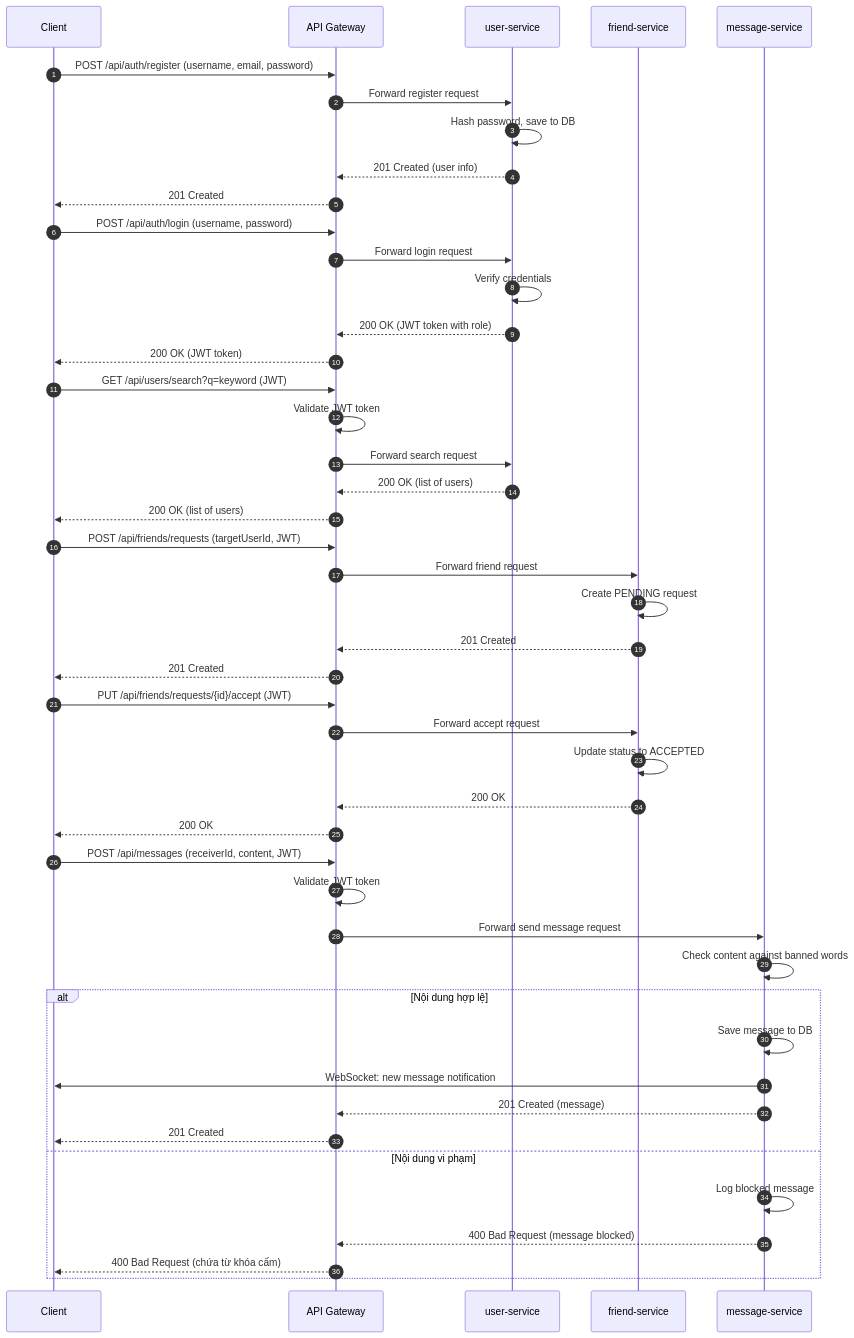
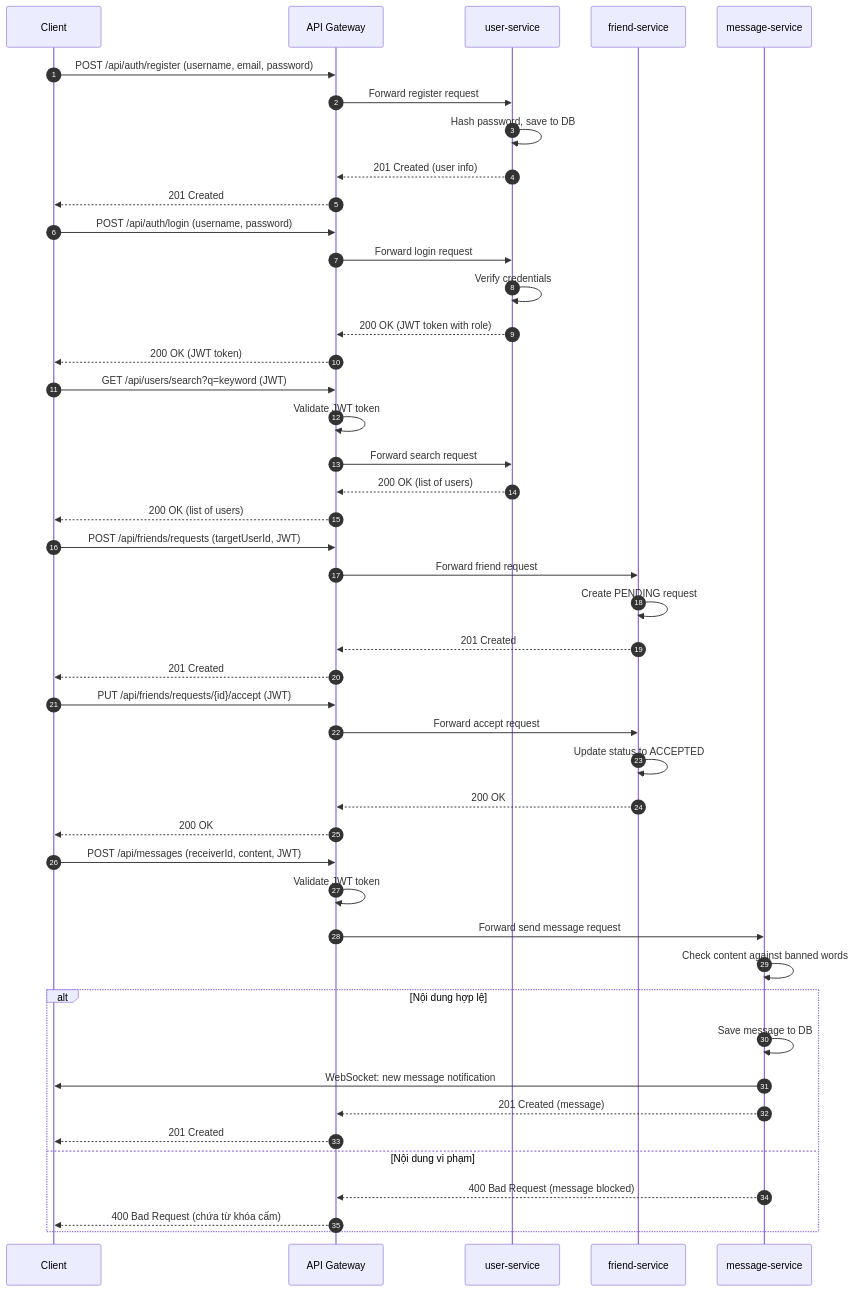
One commit to HiepNguyen284/chatapp-microservice changed the second of 5 diagrams in docs/analysis-and-design.md. Above: the diagram before and after it, drawn with Mermaid. The commit also changed other lines of this file, not shown here.

Commit message:
xóa chức năng xem log tin nhắn

````diff
--- a/docs/analysis-and-design.md
+++ b/docs/analysis-and-design.md
@@ -181,55 +176,54 @@
 ```mermaid
 sequenceDiagram
     autonumber
     participant Client
     participant Gateway as API Gateway
     participant UserService as user-service
     participant FriendService as friend-service
     participant MessageService as message-service
 
     Client->>Gateway: POST /api/auth/register (username, email, password)
     Gateway->>UserService: Forward register request
     UserService->>UserService: Hash password, save to DB
     UserService-->>Gateway: 201 Created (user info)
     Gateway-->>Client: 201 Created
 
     Client->>Gateway: POST /api/auth/login (username, password)
     Gateway->>UserService: Forward login request
     UserService->>UserService: Verify credentials
     UserService-->>Gateway: 200 OK (JWT token with role)
     Gateway-->>Client: 200 OK (JWT token)
 
     Client->>Gateway: GET /api/users/search?q=keyword (JWT)
     Gateway->>Gateway: Validate JWT token
     Gateway->>UserService: Forward search request
     UserService-->>Gateway: 200 OK (list of users)
     Gateway-->>Client: 200 OK (list of users)
 
     Client->>Gateway: POST /api/friends/requests (targetUserId, JWT)
     Gateway->>FriendService: Forward friend request
     FriendService->>FriendService: Create PENDING request
     FriendService-->>Gateway: 201 Created
     Gateway-->>Client: 201 Created
 
     Client->>Gateway: PUT /api/friends/requests/{id}/accept (JWT)
     Gateway->>FriendService: Forward accept request
     FriendService->>FriendService: Update status to ACCEPTED
     FriendService-->>Gateway: 200 OK
     Gateway-->>Client: 200 OK
 
     Client->>Gateway: POST /api/messages (receiverId, content, JWT)
     Gateway->>Gateway: Validate JWT token
     Gateway->>MessageService: Forward send message request
     MessageService->>MessageService: Check content against banned words
 
     alt Nội dung hợp lệ
         MessageService->>MessageService: Save message to DB
         MessageService->>Client: WebSocket: new message notification
         MessageService-->>Gateway: 201 Created (message)
         Gateway-->>Client: 201 Created
     else Nội dung vi phạm
-        MessageService->>MessageService: Log blocked message
         MessageService-->>Gateway: 400 Bad Request (message blocked)
         Gateway-->>Client: 400 Bad Request (chứa từ khóa cấm)
     end
 ```
````
